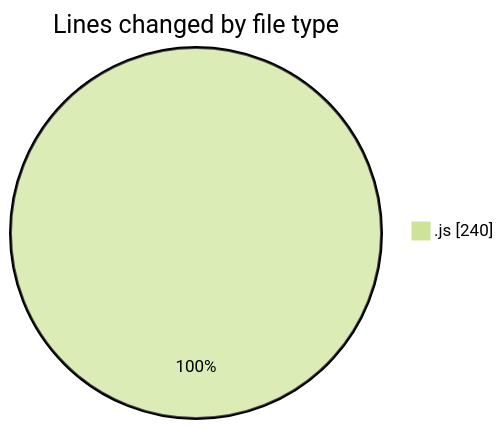
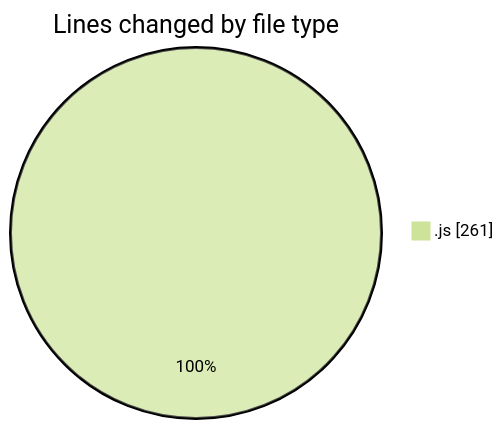
One commit to momahboobian/code-tracking changed the first of 2 diagrams in 2025-03-11/cda/README.md. Above: the diagram before and after it, drawn with Mermaid (forest theme). The commit also changed other lines of this file and 1 other file, not shown here.

````diff
--- a/2025-03-11/cda/README.md
+++ b/2025-03-11/cda/README.md
@@ -20,5 +21,5 @@
 ```mermaid
 pie showData
 title Lines changed by file type
-".js" : 240
+".js" : 261
 ```
````
